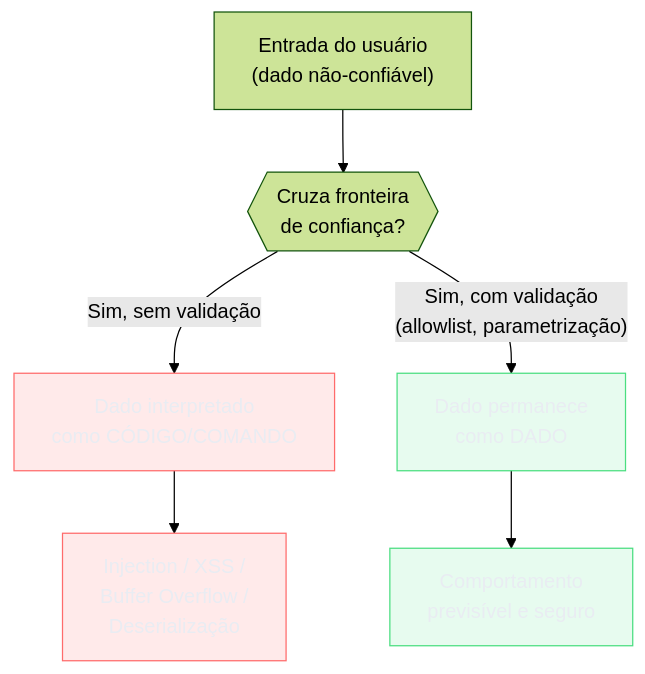
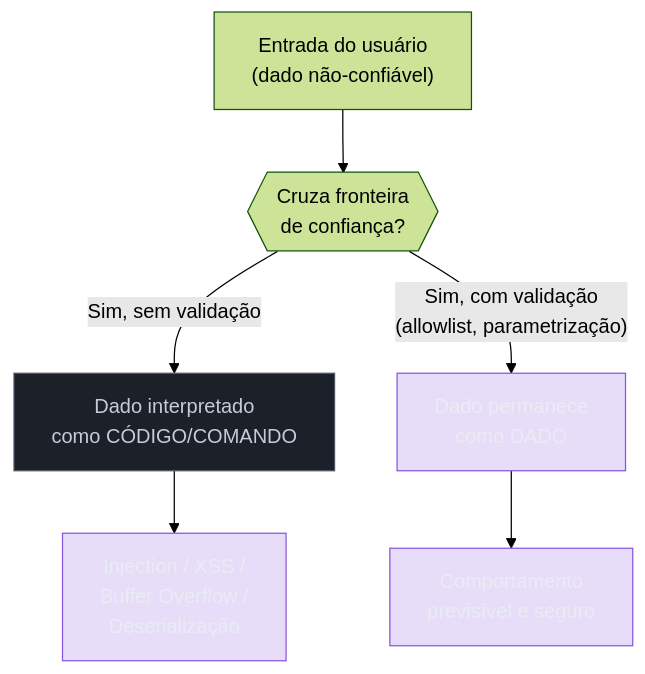
Before and after one commit to josenaldo/codex-technomanticus: the first of 6 diagrams in 03-Dominios/Engenharia/Segurança/16 - Classes de vulnerabilidade.md, drawn with Mermaid (forest theme). The commit also changed other lines of this file and 601 other files, not shown here.

````diff
--- a/03-Dominios/Engenharia/Segurança/16 - Classes de vulnerabilidade.md
+++ b/03-Dominios/Engenharia/Segurança/16 - Classes de vulnerabilidade.md
@@ -34,14 +34,14 @@
 ```mermaid
 flowchart TD
-    classDef falha fill:#FF6B6B24,stroke:#FF6B6B,color:#E9ECF2
-    classDef ok fill:#4ADE8021,stroke:#4ADE80,color:#E9ECF2
+    classDef marca fill:#8855DF33,stroke:#8855DF,color:#E9ECF2
+    classDef neutro fill:#1B2029,stroke:#4E5666,color:#C6CCD8
     A["Entrada do usuário\n(dado não-confiável)"] --> B{{"Cruza fronteira\nde confiança?"}}
     B -- "Sim, sem validação" --> C["Dado interpretado\ncomo CÓDIGO/COMANDO"]
     B -- "Sim, com validação\n(allowlist, parametrização)" --> D["Dado permanece\ncomo DADO"]
     C --> E["Injection / XSS /\nBuffer Overflow /\nDeserialização"]
     D --> F["Comportamento\nprevisível e seguro"]
-    class C falha
-    class E falha
-    class D ok
-    class F ok
+    class C neutro
+    class E marca
+    class D marca
+    class F marca
 ```
````
